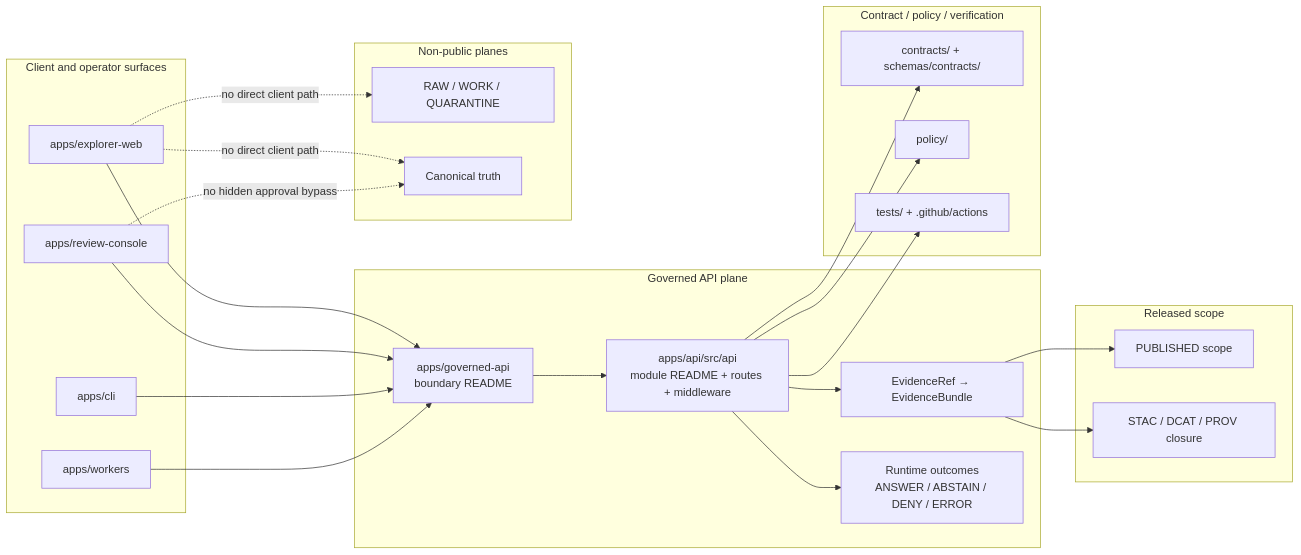
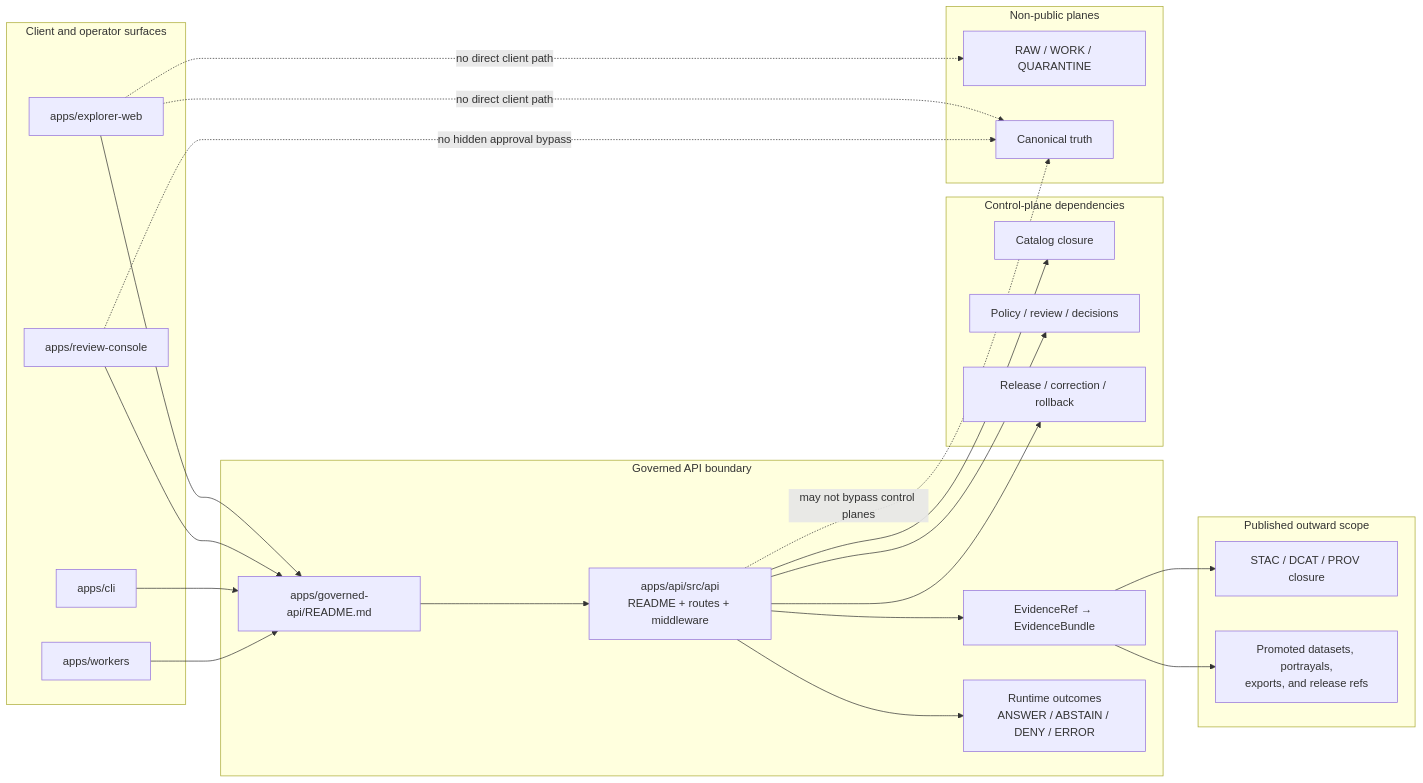
One commit to bartytime4life/Kansas-Frontier-Matrix changed the diagram in apps/governed-api/README.md. Above: the diagram before and after it, drawn with Mermaid. The commit also changed other lines of this file, not shown here.

First line of the commit message:
Revise README for governed API clarity and updates

````diff
--- a/apps/governed-api/README.md
+++ b/apps/governed-api/README.md
@@ -306,50 +317,51 @@
 ```mermaid
 flowchart LR
     subgraph Clients["Client and operator surfaces"]
         Explorer["apps/explorer-web"]
         Review["apps/review-console"]
         CLI["apps/cli"]
         Workers["apps/workers"]
     end
 
-    subgraph APIPlane["Governed API plane"]
-        Boundary["apps/governed-api\nboundary README"]
-        Module["apps/api/src/api\nmodule README + routes + middleware"]
+    subgraph Boundary["Governed API boundary"]
+        BoundaryReadme["apps/governed-api/README.md"]
+        Module["apps/api/src/api\nREADME + routes + middleware"]
         Resolver["EvidenceRef → EvidenceBundle"]
         Envelope["Runtime outcomes\nANSWER / ABSTAIN / DENY / ERROR"]
     end
 
-    subgraph Control["Contract / policy / verification"]
-        Contracts["contracts/ + schemas/contracts/"]
-        Policy["policy/"]
-        Tests["tests/ + .github/actions"]
+    subgraph Control["Control-plane dependencies"]
+        Catalog["Catalog closure"]
+        Policy["Policy / review / decisions"]
+        Release["Release / correction / rollback"]
     end
 
-    subgraph Data["Released scope"]
-        Published["PUBLISHED scope"]
+    subgraph Published["Published outward scope"]
         Closure["STAC / DCAT / PROV closure"]
+        Releases["Promoted datasets, portrayals,\nexports, and release refs"]
     end
 
     subgraph NonPublic["Non-public planes"]
         Raw["RAW / WORK / QUARANTINE"]
         Canon["Canonical truth"]
     end
 
-    Explorer --> Boundary
-    Review --> Boundary
-    CLI --> Boundary
-    Workers --> Boundary
+    Explorer --> BoundaryReadme
+    Review --> BoundaryReadme
+    CLI --> BoundaryReadme
+    Workers --> BoundaryReadme
 
-    Boundary --> Module
+    BoundaryReadme --> Module
     Module --> Resolver
     Module --> Envelope
-    Module --> Contracts
+    Module --> Catalog
     Module --> Policy
-    Module --> Tests
-    Resolver --> Published
+    Module --> Release
     Resolver --> Closure
+    Resolver --> Releases
 
     Explorer -. no direct client path .-> Raw
     Explorer -. no direct client path .-> Canon
+    Module -. may not bypass control planes .-> Canon
     Review -. no hidden approval bypass .-> Canon
 ```
````
